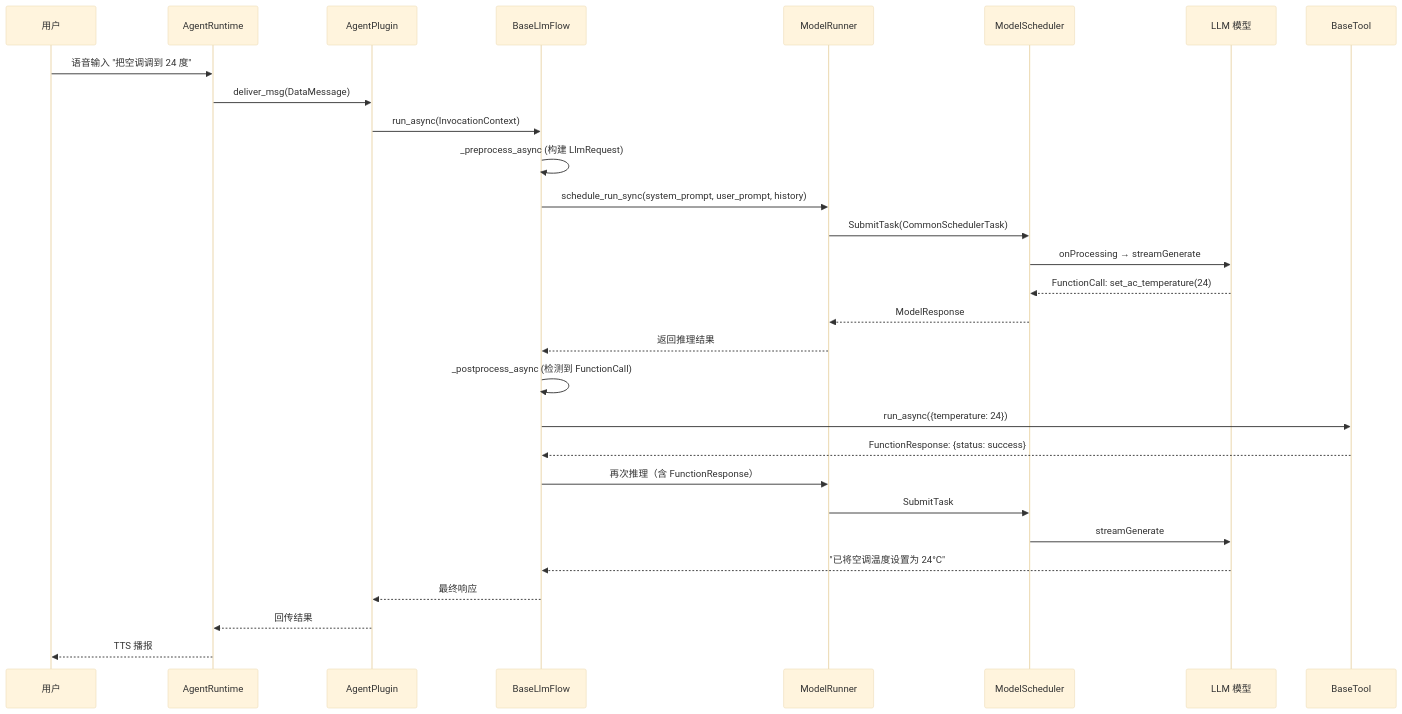
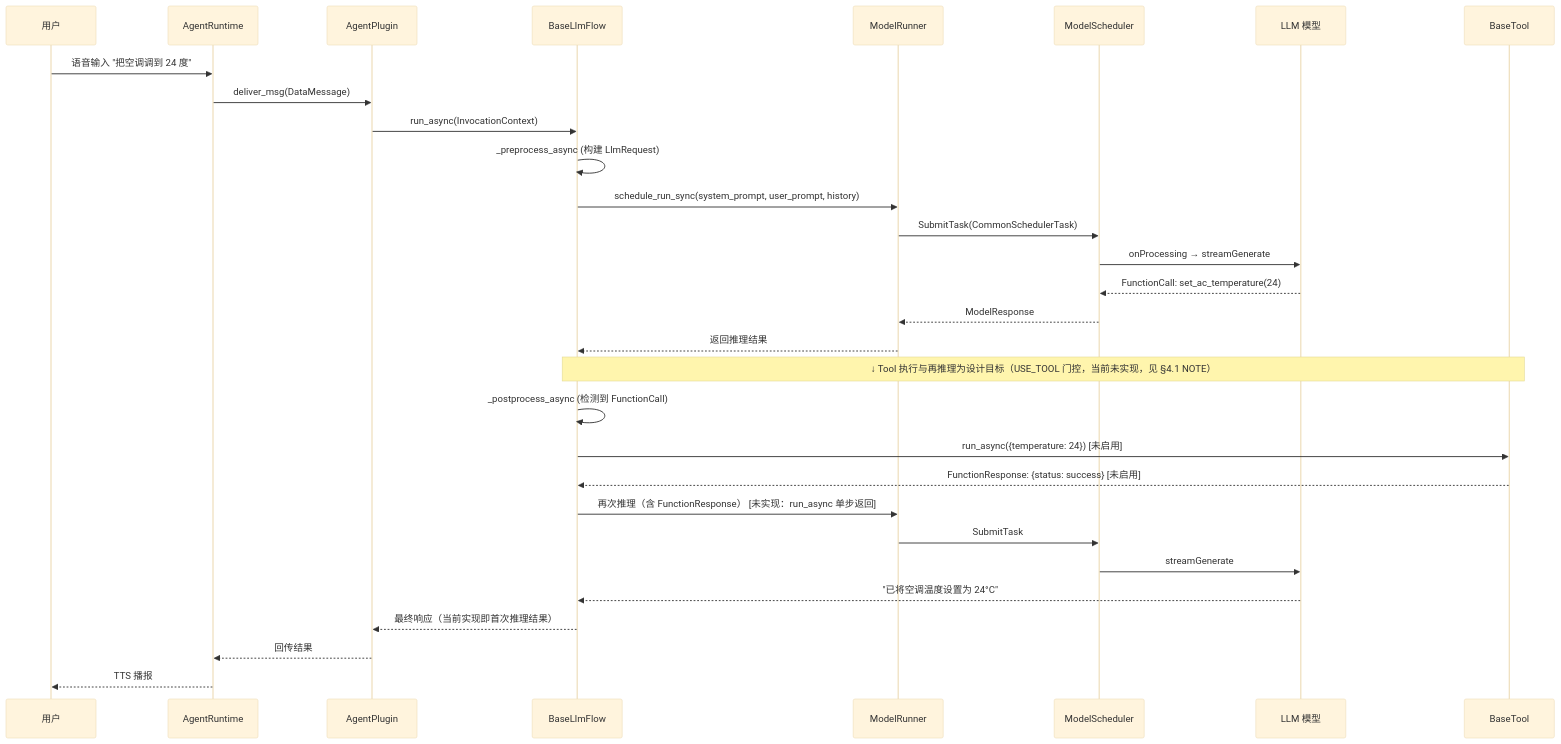
One commit to ranpin/edge-ai-docs changed the ninth of 11 diagrams in cockpit/projects/agent-framework/agent-protocols.md. Above: the diagram before and after it, drawn with Mermaid (base theme). The commit also changed other lines of this file and 1 other file, not shown here.

````diff
--- a/cockpit/projects/agent-framework/agent-protocols.md
+++ b/cockpit/projects/agent-framework/agent-protocols.md
@@ -397,36 +429,36 @@
 ```mermaid
 sequenceDiagram
     participant U as 用户
     participant AR as AgentRuntime
     participant AP as AgentPlugin
     participant FL as BaseLlmFlow
     participant MR as ModelRunner
     participant MS as ModelScheduler
     participant LLM as LLM 模型
     participant TL as BaseTool
 
     U->>AR: 语音输入 "把空调调到 24 度"
     AR->>AP: deliver_msg(DataMessage)
     AP->>FL: run_async(InvocationContext)
 
     FL->>FL: _preprocess_async (构建 LlmRequest)
     FL->>MR: schedule_run_sync(system_prompt, user_prompt, history)
     MR->>MS: SubmitTask(CommonSchedulerTask)
     MS->>LLM: onProcessing → streamGenerate
     LLM-->>MS: FunctionCall: set_ac_temperature(24)
     MS-->>MR: ModelResponse
     MR-->>FL: 返回推理结果
 
+    Note over FL,TL: ↓ Tool 执行与再推理为设计目标（USE_TOOL 门控，当前未实现，见 §4.1 NOTE）
     FL->>FL: _postprocess_async (检测到 FunctionCall)
-    FL->>TL: run_async({temperature: 24})
-    TL-->>FL: FunctionResponse: {status: success}
-
-    FL->>MR: 再次推理（含 FunctionResponse）
+    FL->>TL: run_async({temperature: 24})  [未启用]
+    TL-->>FL: FunctionResponse: {status: success}  [未启用]
+    FL->>MR: 再次推理（含 FunctionResponse）  [未实现：run_async 单步返回]
     MR->>MS: SubmitTask
     MS->>LLM: streamGenerate
     LLM-->>FL: "已将空调温度设置为 24°C"
 
-    FL-->>AP: 最终响应
+    FL-->>AP: 最终响应（当前实现即首次推理结果）
     AP-->>AR: 回传结果
     AR-->>U: TTS 播报
 ```
````
